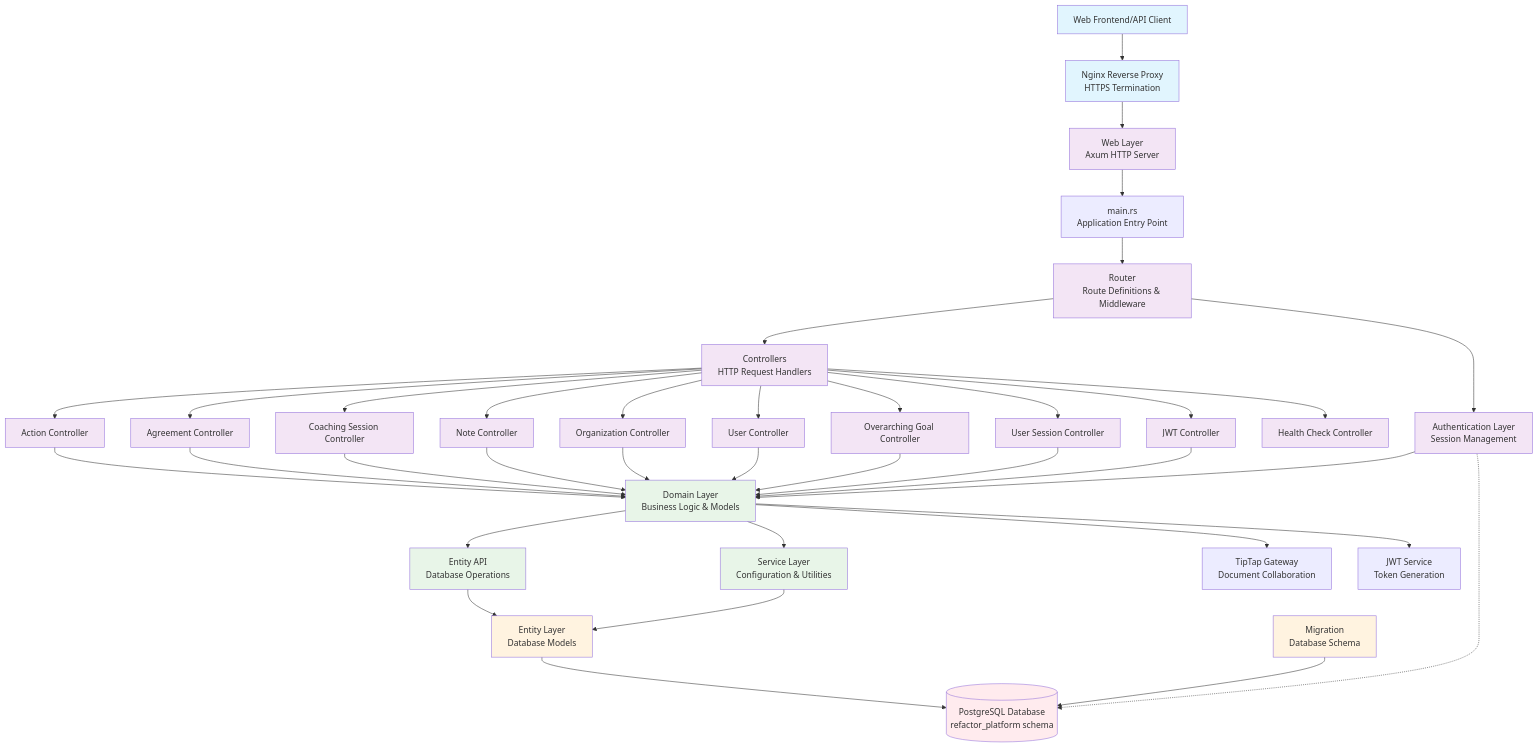
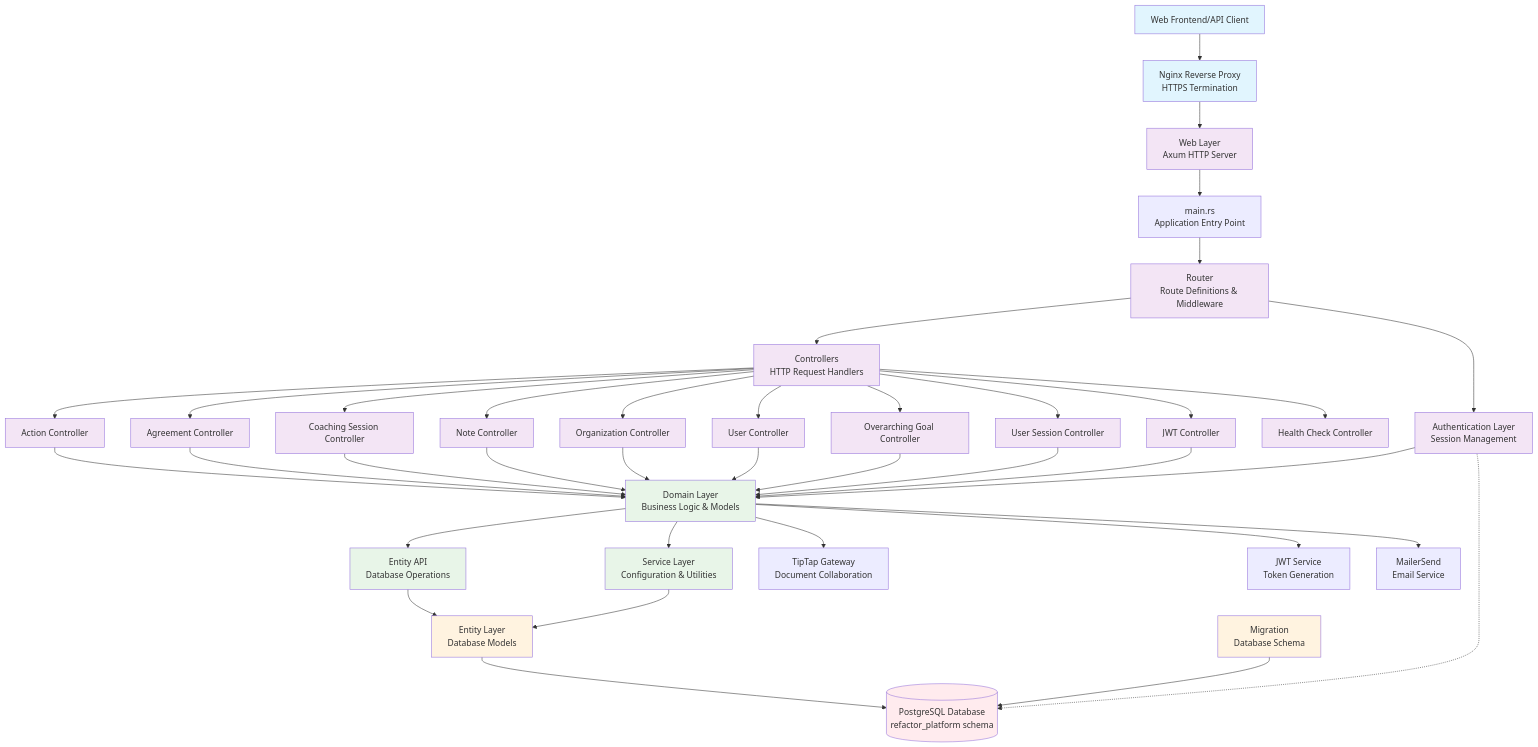
Before and after one commit to refactor-group/refactor-platform-rs: the diagram in docs/architecture/system_architecture_diagram.md, drawn with Mermaid. The commit also changed other lines of this file, not shown here.

Commit message:
Modified system architecture diagram to include the MailerSend integration

```diff
--- a/docs/architecture/system_architecture_diagram.md
+++ b/docs/architecture/system_architecture_diagram.md
@@ -84,6 +85,7 @@
     %% External Services
     TipTap[TipTap Gateway<br/>Document Collaboration]
     JWT[JWT Service<br/>Token Generation]
+    MailerSend[MailerSend<br/>Email Service]
     
     %% Request Flow
     Client --> Nginx
@@ -135,6 +137,7 @@
     %% External Integrations
     Domain --> TipTap
     Domain --> JWT
+    Domain --> MailerSend
     
     %% Styling
     classDef external fill:#e1f5fe
```
